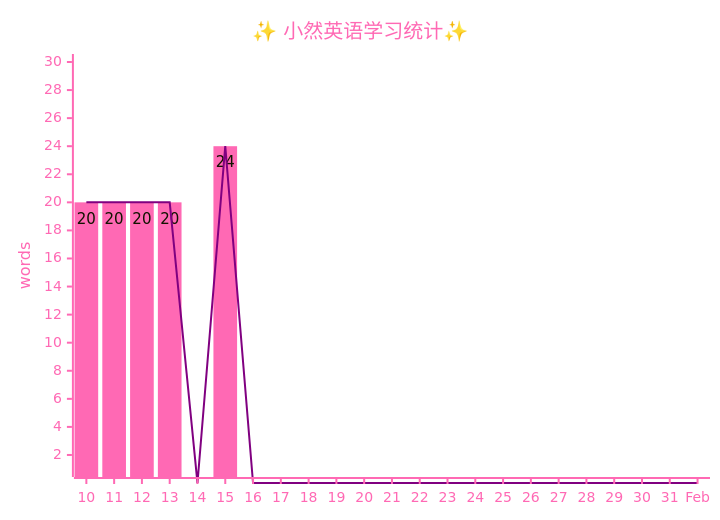
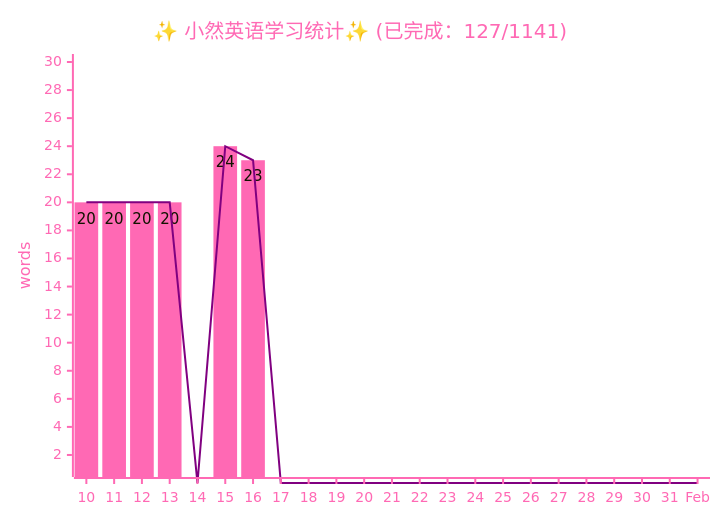
Before and after one commit to zsh-rc/zsh-rc.github.io: the diagram in docs/life-lessons/xiaoran/2026-xiaoran.md, drawn with Mermaid. The commit also changed 2 other files, not shown here.

```diff
--- a/docs/life-lessons/xiaoran/2026-xiaoran.md
+++ b/docs/life-lessons/xiaoran/2026-xiaoran.md
@@ -11,25 +11,25 @@
 ~~~mermaid
 ---
 config:
     xyChart:
         showDataLabel: true
     themeVariables:
         xyChart:
             titleColor: "#FF69B4"
             xAxisTitleColor: "#FF69B4"
             xAxisLabelColor: "#FF69B4"
             xAxisLineColor: "#FF69B4"
             xAxisTickColor: "#FF69B4"
             yAxisLabelColor: "#FF69B4"
             yAxisTitleColor: "#FF69B4"
             yAxisLineColor: "#FF69B4"
             yAxisTickColor: "#FF69B4"
             plotColorPalette: '#FF69B4, #800080'
 ---
 xychart
-    title "✨ 小然英语学习统计✨ "
-    x-axis [10, 11, 12, 13, 14, 15, 16, 17, 18, 19,20,21,22,23,24,25,26,27,28,29,30,31,Feb]
+    title "✨ 小然英语学习统计✨ (已完成：127/1141)"
     y-axis "words" 1 --> 30
-    bar [20, 20, 20, 20, 0, 24, 0, 0, 0, 0, 0,0,0,0,0,0,0,0,0,0,0,0,0,0]
-    line [20, 20, 20, 20, 0, 24, 0, 0, 0, 0, 0,0,0,0,0,0,0,0,0,0,0,0,0,0]
+    x-axis [10, 11, 12, 13, 14, 15, 16, 17, 18, 19, 20,21,22,23,24,25,26,27,28,29,30,31,Feb]
+    bar    [20, 20, 20, 20, 0,  24, 23,  0,  0,  0,  0, 0, 0, 0, 0, 0, 0, 0, 0, 0, 0, 0, 0 ,0]
+    line   [20, 20, 20, 20, 0,  24, 23,  0,  0,  0,  0, 0, 0, 0, 0, 0, 0, 0, 0, 0, 0, 0, 0 ,0]
 ~~~
```
